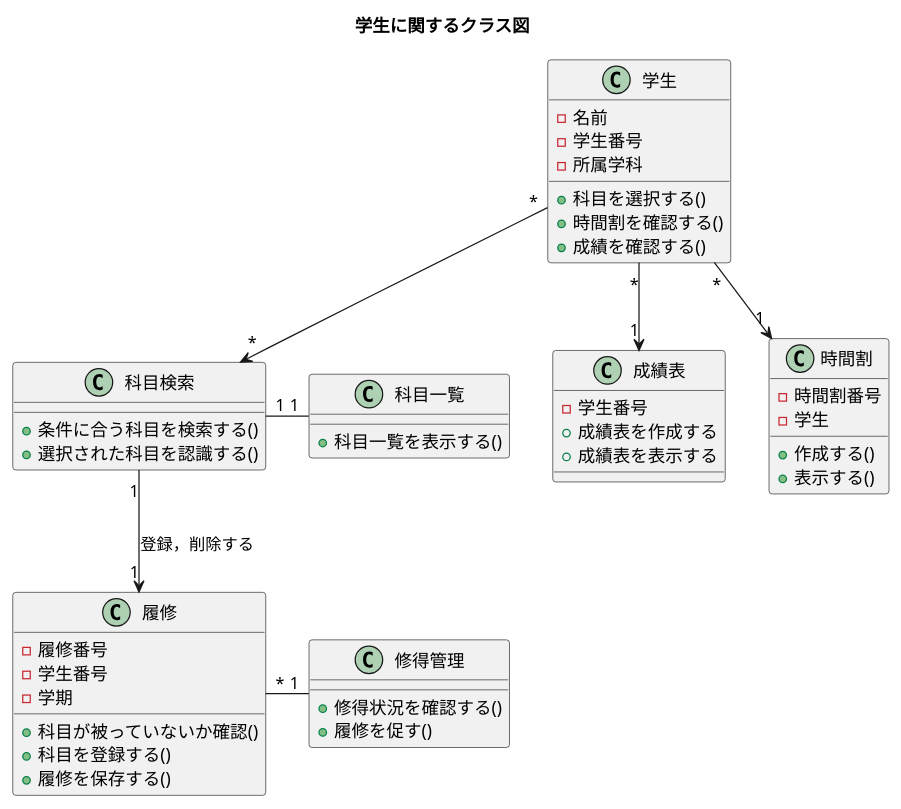
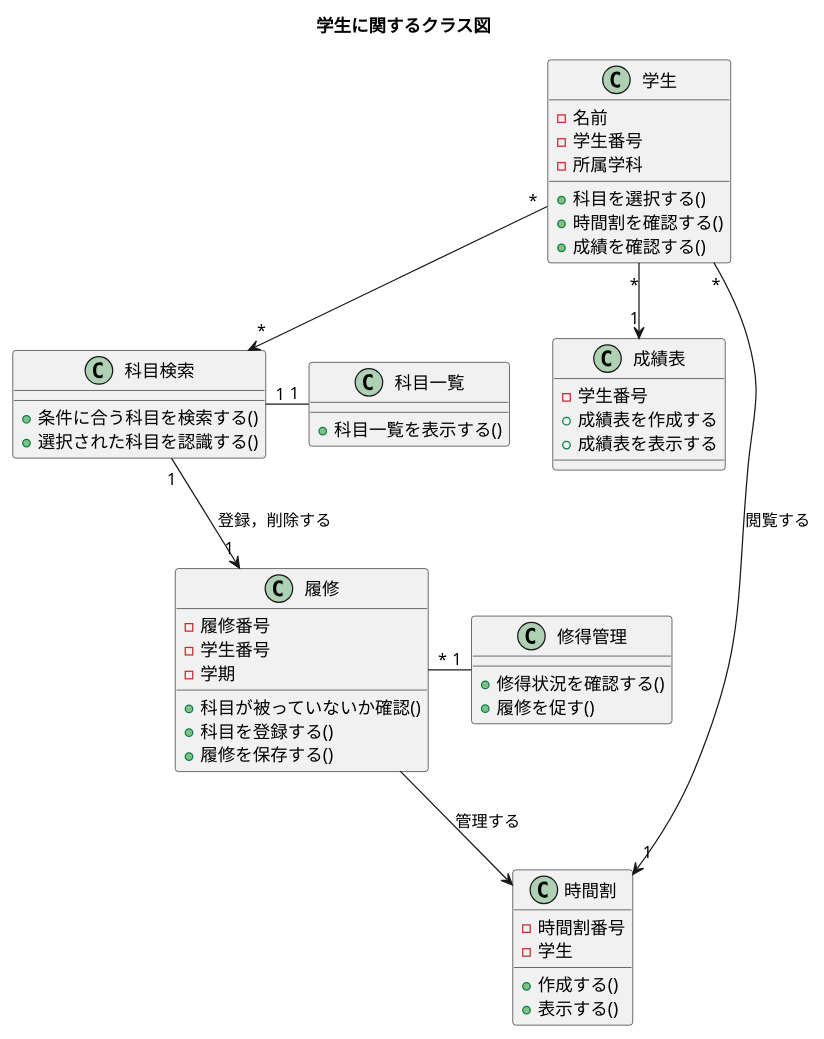
The diagram in uml/15/class/class3.puml (tanusai646/software-desine), drawn with PlantUML before and after one commit. The commit also changed 41 other files, not shown here.

```diff
--- a/uml/15/class/class3.puml
+++ b/uml/15/class/class3.puml
@@ -1,57 +1,58 @@
 @startuml 5-3
 title 学生に関するクラス図
 
 '学生に関連するクラス
 class 学生{
     - 名前
     - 学生番号
     - 所属学科
     + 科目を選択する()
     + 時間割を確認する()
     + 成績を確認する()
 }
 
 class 履修 {
     - 履修番号
     - 学生番号
     - 学期
     + 科目が被っていないか確認()
     + 科目を登録する()
     + 履修を保存する()
 }
 
 class 科目検索 {
     + 条件に合う科目を検索する()
     + 選択された科目を認識する()
 }
 
 class 科目一覧 {
     + 科目一覧を表示する()
 }
 
 class 修得管理 {
     + 修得状況を確認する()
     + 履修を促す()
 }
 
 class 成績表{
     - 学生番号
     + 成績表を作成する
     + 成績表を表示する
 }
 
 class 時間割{
     - 時間割番号
     - 学生
     + 作成する()
     + 表示する()
 }
 
 学生 "*"-->"*" 科目検索
-学生 "*"-->"1" 時間割
+学生 "*"-->"1" 時間割 : 閲覧する
 学生 "*"-->"1" 成績表
 科目検索 "1"-right-"1" 科目一覧
 科目検索 "1"-->"1" 履修 : 登録，削除する
 履修 "*"-right-"1" 修得管理
+履修 --> 時間割 : 管理する
 
 @enduml
```
